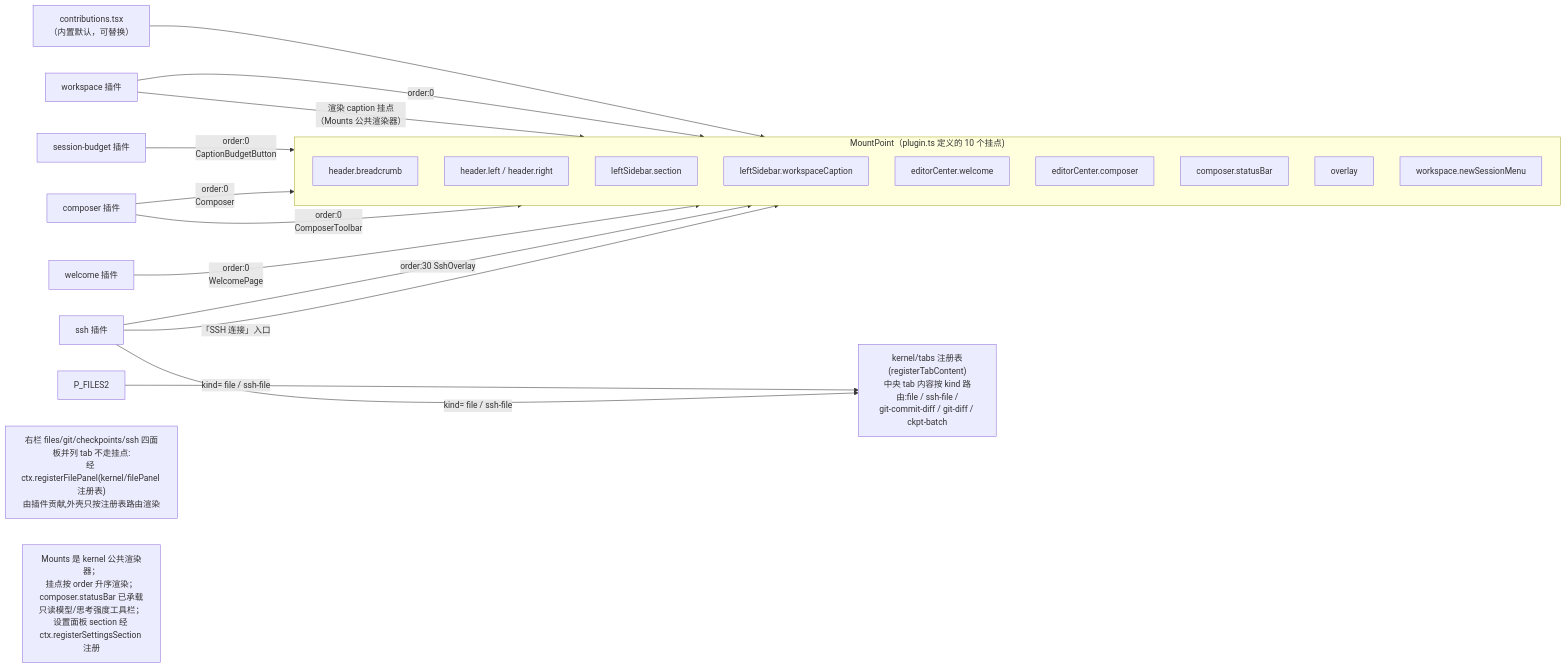
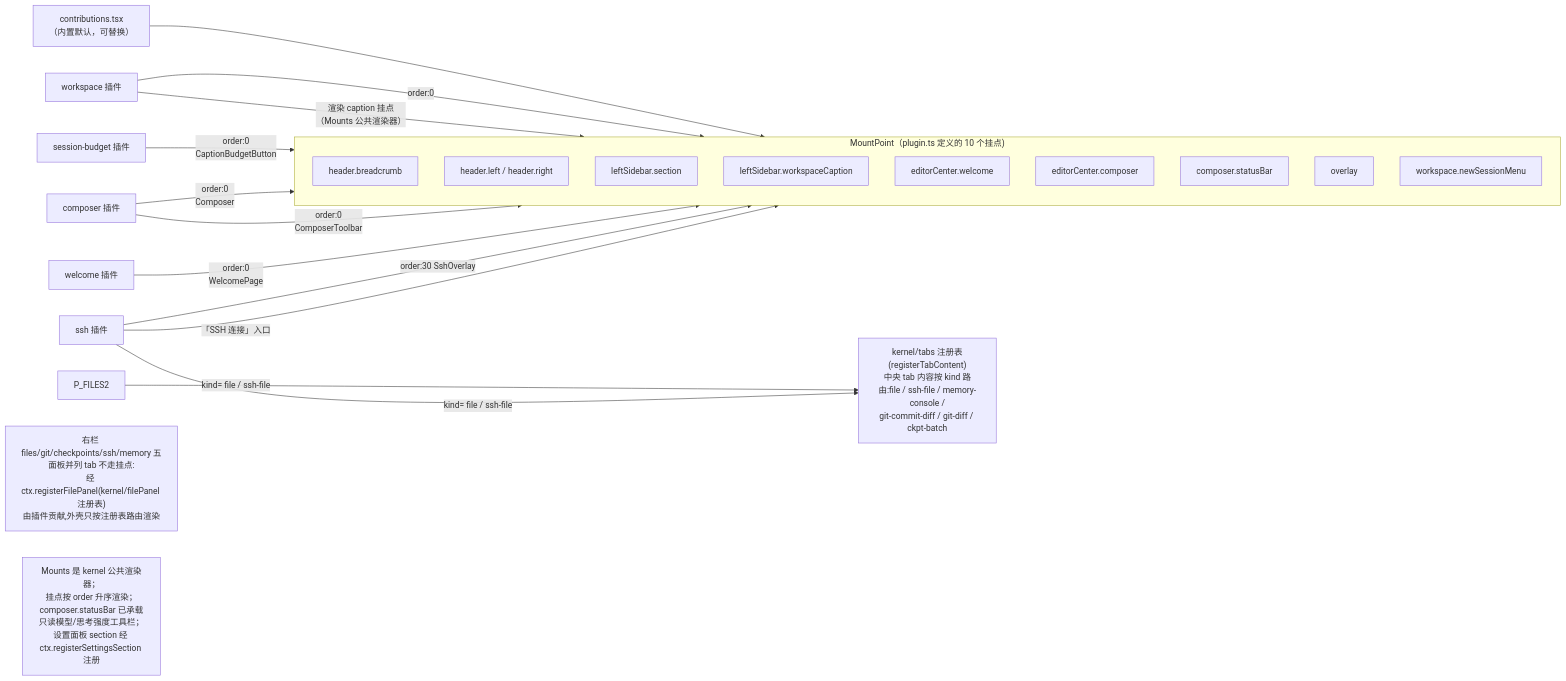
Before and after one commit to chenxiangning/tmd-cli: the seventh of 8 diagrams in docs/architecture/02-code-architecture.md, drawn with Mermaid. The commit also changed other lines of this file and 5 other files, not shown here.

````diff
--- a/docs/architecture/02-code-architecture.md
+++ b/docs/architecture/02-code-architecture.md
@@ -316,30 +319,30 @@
 ```mermaid
 flowchart LR
     subgraph MOUNT["MountPoint（plugin.ts 定义的 10 个挂点)"]
         direction TB
         HB["header.breadcrumb"]
         HLR["header.left / header.right"]
         LS1["leftSidebar.section"]
         LS2["leftSidebar.workspaceCaption"]
         ECW["editorCenter.welcome"]
         ECC["editorCenter.composer"]
         CSB["composer.statusBar"]
         OV["overlay"]
         WSM["workspace.newSessionMenu"]
     end
-    TABRT["kernel/tabs 注册表(registerTabContent)<br/>中央 tab 内容按 kind 路由:file / ssh-file /<br/>git-commit-diff / git-diff / ckpt-batch"]
+    TABRT["kernel/tabs 注册表(registerTabContent)<br/>中央 tab 内容按 kind 路由:file / ssh-file / memory-console /<br/>git-commit-diff / git-diff / ckpt-batch"]
 
     CONTRIB2["contributions.tsx<br/>（内置默认，可替换）"] --> HB
     P_WS2["workspace 插件"] -->|"order:0"| LS1
     P_WS2 -->|"渲染 caption 挂点<br/>（Mounts 公共渲染器）"| LS2
     P_SBU["session-budget 插件"] -->|"order:0<br/>CaptionBudgetButton"| LS2
     P_COMP2["composer 插件"] -->|"order:0<br/>Composer"| ECC
     P_COMP2 -->|"order:0<br/>ComposerToolbar"| CSB
     P_WELCOME2["welcome 插件"] -->|"order:0<br/>WelcomePage"| ECW
     P_SSH2["ssh 插件"] -->|"order:30 SshOverlay"| OV
     P_SSH2 -->|"「SSH 连接」入口"| WSM
     P_FILES2 & P_SSH2 -->|"kind= file / ssh-file"| TABRT
-    Note2["右栏 files/git/checkpoints/ssh 四面板并列 tab 不走挂点:<br/>经 ctx.registerFilePanel(kernel/filePanel 注册表)<br/>由插件贡献,外壳只按注册表路由渲染"]
+    Note2["右栏 files/git/checkpoints/ssh/memory 五面板并列 tab 不走挂点:<br/>经 ctx.registerFilePanel(kernel/filePanel 注册表)<br/>由插件贡献,外壳只按注册表路由渲染"]
 
     Note["Mounts 是 kernel 公共渲染器；<br/>挂点按 order 升序渲染；<br/>composer.statusBar 已承载只读模型/思考强度工具栏；<br/>设置面板 section 经 ctx.registerSettingsSection 注册"]
 ```
````
